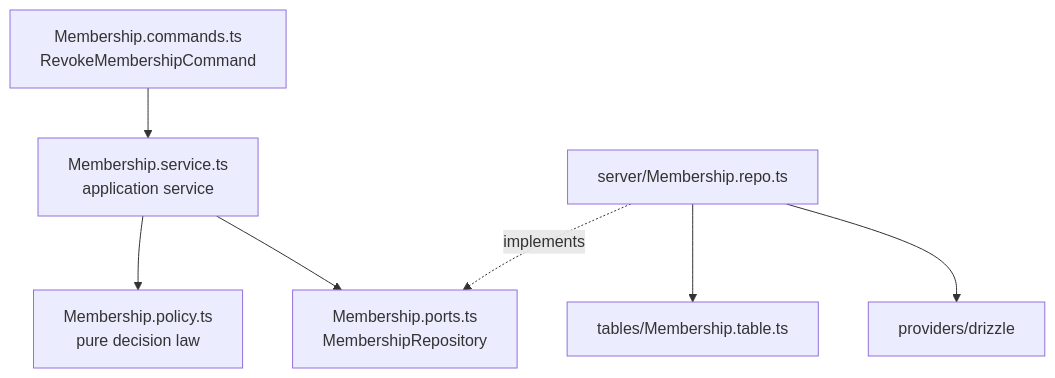
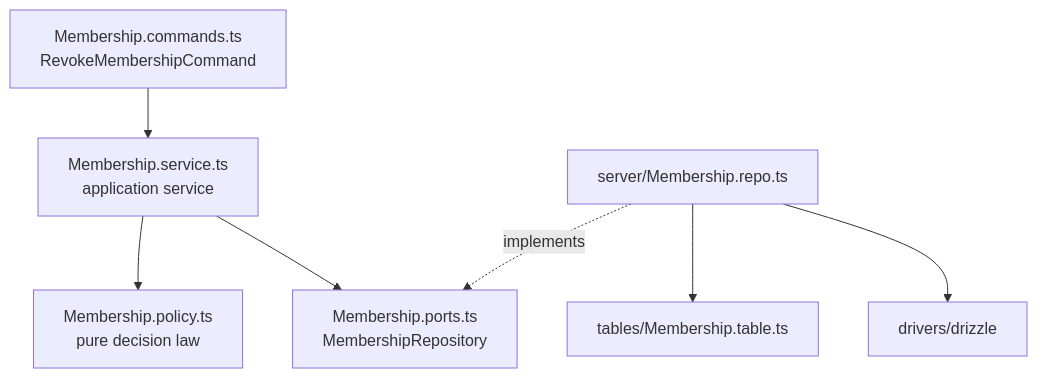
Before and after one commit to kriegcloud/beep-effect: the fourth of 6 diagrams in standards/ARCHITECTURE.md, drawn with Mermaid. The commit also changed other lines of this file and 12 other files, not shown here.

````diff
--- a/standards/ARCHITECTURE.md
+++ b/standards/ARCHITECTURE.md
@@ -879,17 +1151,17 @@
 ```mermaid
 flowchart TD
   command["Membership.commands.ts\nRevokeMembershipCommand"]
   service["Membership.service.ts\napplication service"]
   policy["Membership.policy.ts\npure decision law"]
   repo["Membership.ports.ts\nMembershipRepository"]
   impl["server/Membership.repo.ts"]
   table["tables/Membership.table.ts"]
-  provider["providers/drizzle"]
+  driver["drivers/drizzle"]
 
   command --> service
   service --> policy
   service --> repo
   impl -. "implements" .-> repo
   impl --> table
-  impl --> provider
+  impl --> driver
 ```
````
